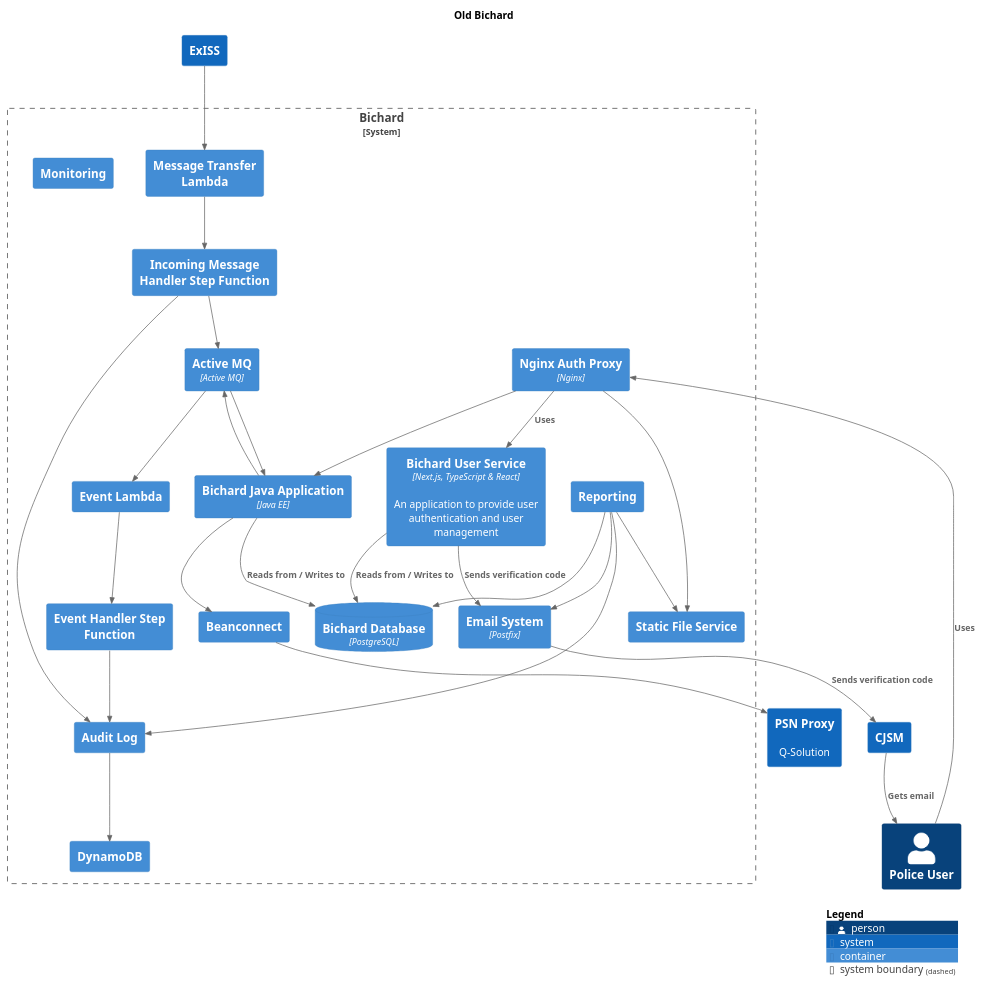
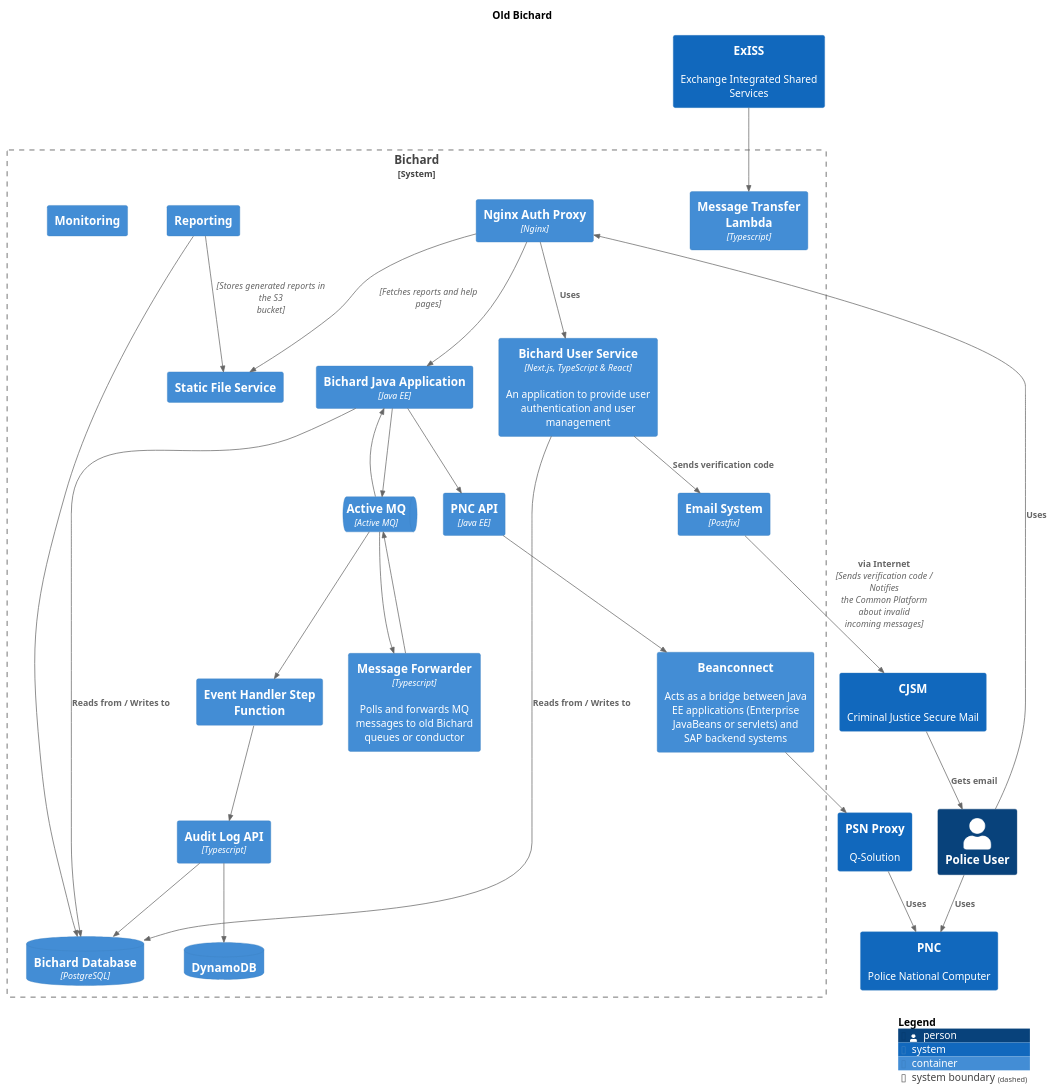
The diagram in main/puml/OldBichard.puml (ministryofjustice/bichard7-next-core), drawn with PlantUML before and after one commit. The commit also changed 178 other files, not shown here.

Commit message:
Deploying to gh-pages from @ ministryofjustice/bichard7-next-core@47dd3b5fe5925b7e91188023200ad51396687899 🚀

```diff
--- a/main/puml/OldBichard.puml
+++ b/main/puml/OldBichard.puml
@@ -1,62 +1,63 @@
 @startuml
 set separator none
 title Old Bichard
 
 top to bottom direction
 
 !include <C4/C4>
 !include <C4/C4_Context>
 !include <C4/C4_Container>
 
 Person(PoliceUser, "Police User", $descr="", $tags="", $link="")
-System(CJSM, "CJSM", $descr="", $tags="", $link="")
+System(CJSM, "CJSM", $descr="Criminal Justice Secure Mail", $tags="", $link="")
+System(PNC, "PNC", $descr="Police National Computer", $tags="", $link="")
 System(PSNProxy, "PSN Proxy", $descr="Q-Solution", $tags="", $link="")
-System(ExISS, "ExISS", $descr="", $tags="", $link="")
+System(ExISS, "ExISS", $descr="Exchange Integrated Shared Services", $tags="", $link="")
 
 System_Boundary("Bichard_boundary", "Bichard", $tags="") {
-  Container(Bichard.DynamoDB, "DynamoDB", $techn="", $descr="", $tags="", $link="")
-  Container(Bichard.Beanconnect, "Beanconnect", $techn="", $descr="", $tags="", $link="")
-  Container(Bichard.MessageTransferLambda, "Message Transfer Lambda", $techn="", $descr="", $tags="", $link="")
-  Container(Bichard.IncomingMessageHandlerStepFunction, "Incoming Message Handler Step Function", $techn="", $descr="", $tags="", $link="")
-  Container(Bichard.EventLambda, "Event Lambda", $techn="", $descr="", $tags="", $link="")
+  ContainerDb(Bichard.DynamoDB, "DynamoDB", $techn="", $descr="", $tags="", $link="")
+  Container(Bichard.Beanconnect, "Beanconnect", $techn="", $descr="Acts as a bridge between Java EE applications (Enterprise JavaBeans or servlets) and SAP backend systems", $tags="", $link="")
+  Container(Bichard.MessageTransferLambda, "Message Transfer Lambda", $techn="Typescript", $descr="", $tags="", $link="")
   Container(Bichard.EventHandlerStepFunction, "Event Handler Step Function", $techn="", $descr="", $tags="", $link="")
-  Container(Bichard.ActiveMQ, "Active MQ", $techn="Active MQ", $descr="", $tags="", $link="")
+  ContainerQueue(Bichard.ActiveMQ, "Active MQ", $techn="Active MQ", $descr="", $tags="", $link="")
   Container(Bichard.NginxAuthProxy, "Nginx Auth Proxy", $techn="Nginx", $descr="", $tags="", $link="")
   ContainerDb(Bichard.BichardDatabase, "Bichard Database", $techn="PostgreSQL", $descr="", $tags="", $link="")
   Container(Bichard.EmailSystem, "Email System", $techn="Postfix", $descr="", $tags="", $link="")
+  Container(Bichard.AuditLogAPI, "Audit Log API", $techn="Typescript", $descr="", $tags="", $link="")
+  Container(Bichard.MessageForwarder, "Message Forwarder", $techn="Typescript", $descr="Polls and forwards MQ messages to old Bichard queues or conductor", $tags="", $link="")
   Container(Bichard.BichardJavaApplication, "Bichard Java Application", $techn="Java EE", $descr="", $tags="", $link="")
+  Container(Bichard.PNCAPI, "PNC API", $techn="Java EE", $descr="", $tags="", $link="")
   Container(Bichard.BichardUserService, "Bichard User Service", $techn="Next.js, TypeScript & React", $descr="An application to provide user authentication and user management", $tags="", $link="")
-  Container(Bichard.AuditLog, "Audit Log", $techn="", $descr="", $tags="", $link="")
   Container(Bichard.StaticFileService, "Static File Service", $techn="", $descr="", $tags="", $link="")
   Container(Bichard.Reporting, "Reporting", $techn="", $descr="", $tags="", $link="")
   Container(Bichard.Monitoring, "Monitoring", $techn="", $descr="", $tags="", $link="")
 }
 
-Rel(Bichard.Reporting, Bichard.AuditLog, "", $techn="", $tags="", $link="")
-Rel(Bichard.Reporting, Bichard.StaticFileService, "", $techn="", $tags="", $link="")
-Rel(Bichard.Reporting, Bichard.EmailSystem, "", $techn="", $tags="", $link="")
+Rel(Bichard.ActiveMQ, Bichard.MessageForwarder, "", $techn="", $tags="", $link="")
+Rel(Bichard.MessageForwarder, Bichard.ActiveMQ, "", $techn="", $tags="", $link="")
 Rel(Bichard.Reporting, Bichard.BichardDatabase, "", $techn="", $tags="", $link="")
+Rel(Bichard.Reporting, Bichard.StaticFileService, "", $techn="Stores generated reports in the S3 bucket", $tags="", $link="")
+Rel(Bichard.PNCAPI, Bichard.Beanconnect, "", $techn="", $tags="", $link="")
+Rel(PoliceUser, PNC, "Uses", $techn="", $tags="", $link="")
 Rel(PoliceUser, Bichard.NginxAuthProxy, "Uses", $techn="", $tags="", $link="")
 Rel(CJSM, PoliceUser, "Gets email", $techn="", $tags="", $link="")
-Rel(Bichard.BichardJavaApplication, Bichard.Beanconnect, "", $techn="", $tags="", $link="")
+Rel(PSNProxy, PNC, "Uses", $techn="", $tags="", $link="")
+Rel(Bichard.BichardJavaApplication, Bichard.PNCAPI, "", $techn="", $tags="", $link="")
 Rel(Bichard.Beanconnect, PSNProxy, "", $techn="", $tags="", $link="")
-Rel(Bichard.EmailSystem, CJSM, "Sends verification code", $techn="", $tags="", $link="")
+Rel(Bichard.EmailSystem, CJSM, "via Internet", $techn="Sends verification code / Notifies the Common Platform about invalid incoming messages", $tags="", $link="")
 Rel(Bichard.BichardUserService, Bichard.EmailSystem, "Sends verification code", $techn="", $tags="", $link="")
 Rel(Bichard.NginxAuthProxy, Bichard.BichardJavaApplication, "", $techn="", $tags="", $link="")
 Rel(Bichard.NginxAuthProxy, Bichard.BichardUserService, "Uses", $techn="", $tags="", $link="")
-Rel(Bichard.NginxAuthProxy, Bichard.StaticFileService, "", $techn="", $tags="", $link="")
+Rel(Bichard.NginxAuthProxy, Bichard.StaticFileService, "", $techn="Fetches reports and help pages", $tags="", $link="")
 Rel(Bichard.BichardUserService, Bichard.BichardDatabase, "Reads from / Writes to", $techn="", $tags="", $link="")
 Rel(Bichard.BichardJavaApplication, Bichard.BichardDatabase, "Reads from / Writes to", $techn="", $tags="", $link="")
 Rel(ExISS, Bichard.MessageTransferLambda, "", $techn="", $tags="", $link="")
-Rel(Bichard.MessageTransferLambda, Bichard.IncomingMessageHandlerStepFunction, "", $techn="", $tags="", $link="")
-Rel(Bichard.IncomingMessageHandlerStepFunction, Bichard.AuditLog, "", $techn="", $tags="", $link="")
-Rel(Bichard.IncomingMessageHandlerStepFunction, Bichard.ActiveMQ, "", $techn="", $tags="", $link="")
-Rel(Bichard.ActiveMQ, Bichard.EventLambda, "", $techn="", $tags="", $link="")
-Rel(Bichard.EventLambda, Bichard.EventHandlerStepFunction, "", $techn="", $tags="", $link="")
-Rel(Bichard.EventHandlerStepFunction, Bichard.AuditLog, "", $techn="", $tags="", $link="")
 Rel(Bichard.ActiveMQ, Bichard.BichardJavaApplication, "", $techn="", $tags="", $link="")
 Rel(Bichard.BichardJavaApplication, Bichard.ActiveMQ, "", $techn="", $tags="", $link="")
-Rel(Bichard.AuditLog, Bichard.DynamoDB, "", $techn="", $tags="", $link="")
+Rel(Bichard.ActiveMQ, Bichard.EventHandlerStepFunction, "", $techn="", $tags="", $link="")
+Rel(Bichard.EventHandlerStepFunction, Bichard.AuditLogAPI, "", $techn="", $tags="", $link="")
+Rel(Bichard.AuditLogAPI, Bichard.DynamoDB, "", $techn="", $tags="", $link="")
+Rel(Bichard.AuditLogAPI, Bichard.BichardDatabase, "", $techn="", $tags="", $link="")
 
 SHOW_LEGEND(true)
 @enduml
```
